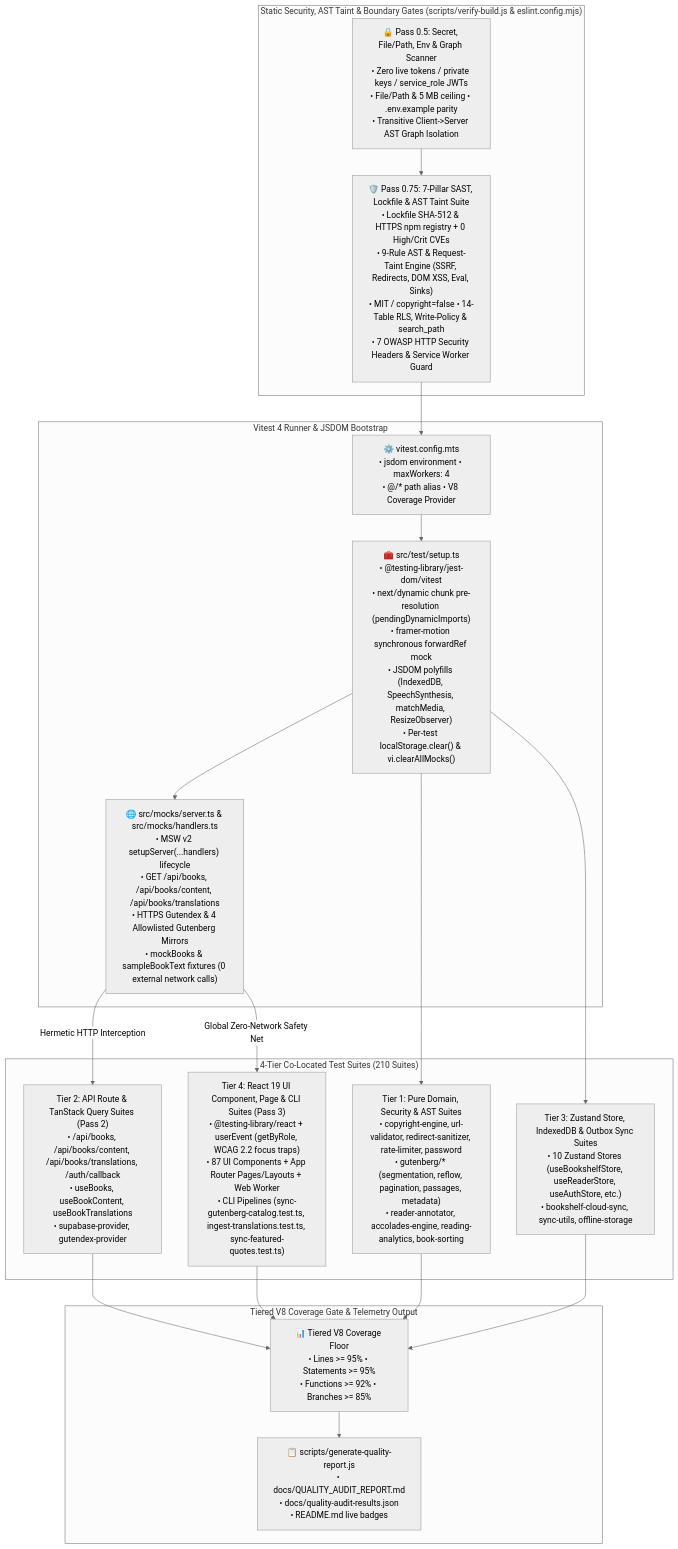
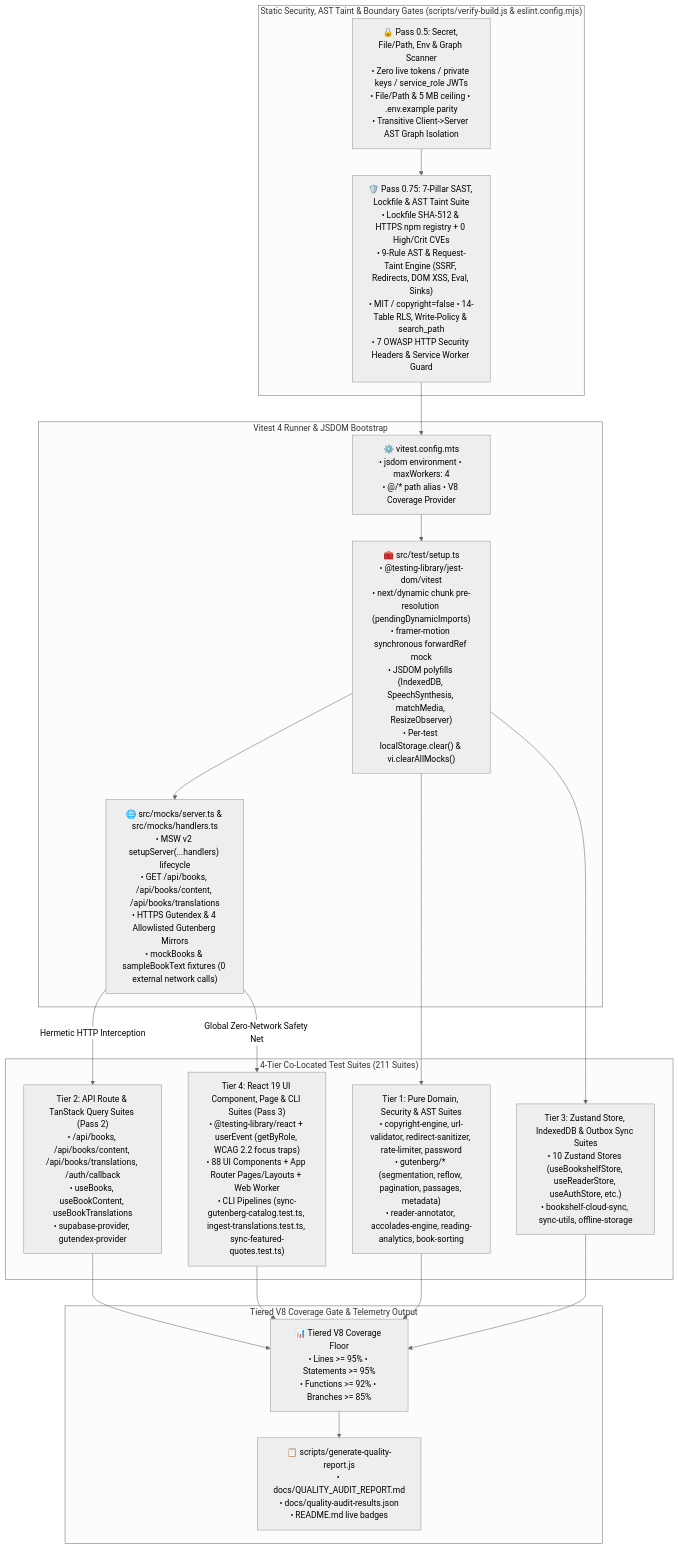
One commit to calin-m/Bookarium changed the ninth of 12 diagrams in docs/ARCHITECTURE.md. Above: the diagram before and after it, drawn with Mermaid (neutral theme). The commit also changed other lines of this file and 65 other files, not shown here.

````diff
--- a/docs/ARCHITECTURE.md
+++ b/docs/ARCHITECTURE.md
@@ -1103,39 +1104,39 @@
 ```mermaid
 flowchart TD
     subgraph SecurityGates ["Static Security, AST Taint & Boundary Gates (scripts/verify-build.js & eslint.config.mjs)"]
         Pass05["🔒 Pass 0.5: Secret, File/Path, Env & Graph Scanner\n• Zero live tokens / private keys / service_role JWTs\n• File/Path & 5 MB ceiling • .env.example parity\n• Transitive Client->Server AST Graph Isolation"]
         Pass075["🛡️ Pass 0.75: 7-Pillar SAST, Lockfile & AST Taint Suite\n• Lockfile SHA-512 & HTTPS npm registry + 0 High/Crit CVEs\n• 9-Rule AST & Request-Taint Engine (SSRF, Redirects, DOM XSS, Eval, Sinks)\n• MIT / copyright=false • 14-Table RLS, Write-Policy & search_path\n• 7 OWASP HTTP Security Headers & Service Worker Guard"]
     end
 
     subgraph TestRunner ["Vitest 4 Runner & JSDOM Bootstrap"]
         VitestCfg["⚙️ vitest.config.mts\n• jsdom environment • maxWorkers: 4\n• @/* path alias • V8 Coverage Provider"]
         TestSetup["🧰 src/test/setup.ts\n• @testing-library/jest-dom/vitest\n• next/dynamic chunk pre-resolution (pendingDynamicImports)\n• framer-motion synchronous forwardRef mock\n• JSDOM polyfills (IndexedDB, SpeechSynthesis, matchMedia, ResizeObserver)\n• Per-test localStorage.clear() & vi.clearAllMocks()"]
         MSWServer["🌐 src/mocks/server.ts & src/mocks/handlers.ts\n• MSW v2 setupServer(...handlers) lifecycle\n• GET /api/books, /api/books/content, /api/books/translations\n• HTTPS Gutendex & 4 Allowlisted Gutenberg Mirrors\n• mockBooks & sampleBookText fixtures (0 external network calls)"]
     end
 
-    subgraph TestTiers ["4-Tier Co-Located Test Suites (210 Suites)"]
+    subgraph TestTiers ["4-Tier Co-Located Test Suites (211 Suites)"]
         Tier1["Tier 1: Pure Domain, Security & AST Suites\n• copyright-engine, url-validator, redirect-sanitizer, rate-limiter, password\n• gutenberg/* (segmentation, reflow, pagination, passages, metadata)\n• reader-annotator, accolades-engine, reading-analytics, book-sorting"]
         Tier2["Tier 2: API Route & TanStack Query Suites (Pass 2)\n• /api/books, /api/books/content, /api/books/translations, /auth/callback\n• useBooks, useBookContent, useBookTranslations\n• supabase-provider, gutendex-provider"]
         Tier3["Tier 3: Zustand Store, IndexedDB & Outbox Sync Suites\n• 10 Zustand Stores (useBookshelfStore, useReaderStore, useAuthStore, etc.)\n• bookshelf-cloud-sync, sync-utils, offline-storage"]
-        Tier4["Tier 4: React 19 UI Component, Page & CLI Suites (Pass 3)\n• @testing-library/react + userEvent (getByRole, WCAG 2.2 focus traps)\n• 87 UI Components + App Router Pages/Layouts + Web Worker\n• CLI Pipelines (sync-gutenberg-catalog.test.ts, ingest-translations.test.ts, sync-featured-quotes.test.ts)"]
+        Tier4["Tier 4: React 19 UI Component, Page & CLI Suites (Pass 3)\n• @testing-library/react + userEvent (getByRole, WCAG 2.2 focus traps)\n• 88 UI Components + App Router Pages/Layouts + Web Worker\n• CLI Pipelines (sync-gutenberg-catalog.test.ts, ingest-translations.test.ts, sync-featured-quotes.test.ts)"]
     end
 
     subgraph CoverageGate ["Tiered V8 Coverage Gate & Telemetry Output"]
         V8Thresholds["📊 Tiered V8 Coverage Floor\n• Lines >= 95% • Statements >= 95%\n• Functions >= 92% • Branches >= 85%"]
         QualityReport["📋 scripts/generate-quality-report.js\n• docs/QUALITY_AUDIT_REPORT.md\n• docs/quality-audit-results.json\n• README.md live badges"]
     end
 
     Pass05 --> Pass075
     Pass075 --> VitestCfg
     VitestCfg --> TestSetup
     TestSetup --> MSWServer
     TestSetup --> Tier1
     MSWServer -->|"Hermetic HTTP Interception"| Tier2
     TestSetup --> Tier3
     MSWServer -->|"Global Zero-Network Safety Net"| Tier4
     Tier1 --> V8Thresholds
     Tier2 --> V8Thresholds
     Tier3 --> V8Thresholds
     Tier4 --> V8Thresholds
     V8Thresholds --> QualityReport
 ```
````
